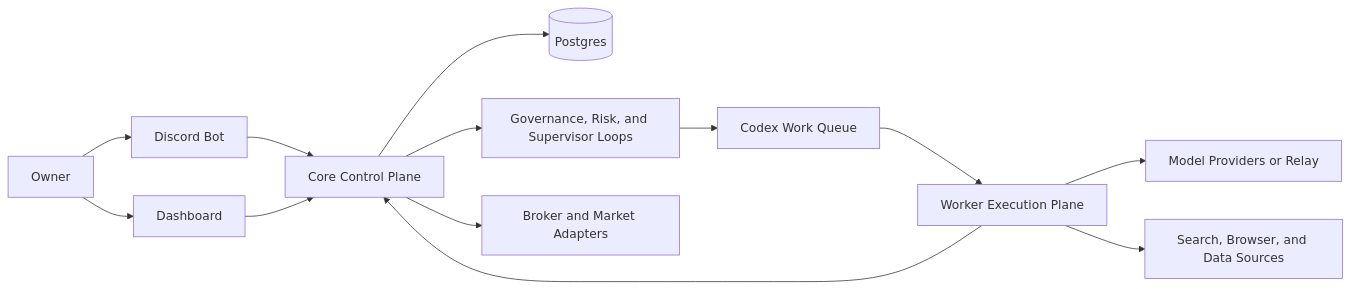
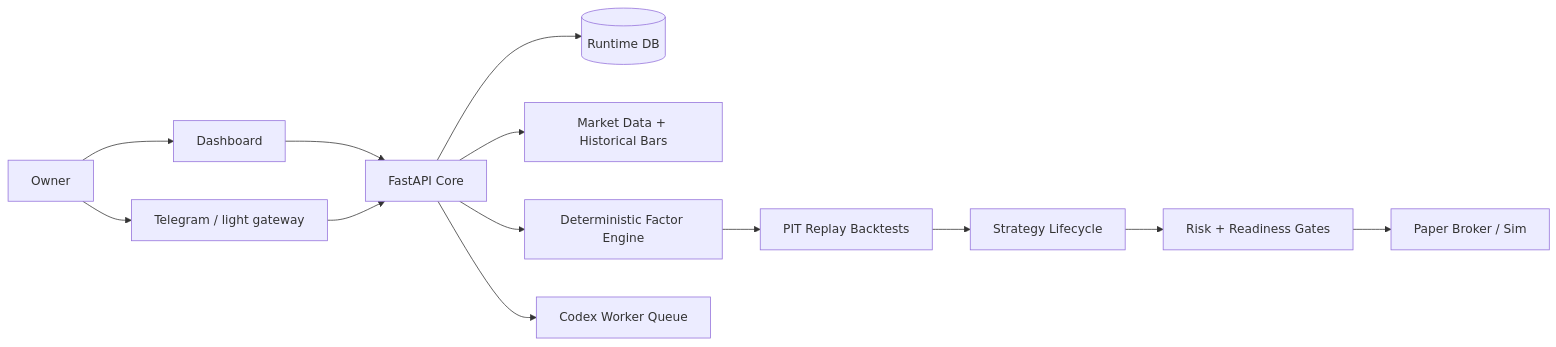
The diagram in README.zh-CN.md (zhoucehuang-arch/evoq), drawn with Mermaid before and after one commit. The commit also changed other lines of this file and 226 other files, not shown here.

````diff
--- a/README.zh-CN.md
+++ b/README.zh-CN.md
@@ -119,15 +106,15 @@
 ```mermaid
 flowchart LR
-  Owner[Owner] --> Discord[Discord Bot]
-  Owner --> Dashboard[Dashboard]
-  Discord --> Core[Core Control Plane]
-  Dashboard --> Core
-  Core --> Postgres[(Postgres)]
-  Core --> Governance[Governance, Risk, and Supervisor Loops]
-  Core --> Broker[Broker and Market Adapters]
-  Governance --> Queue[Codex Work Queue]
-  Queue --> Worker[Worker Execution Plane]
-  Worker --> Providers[Model Providers or Relay]
-  Worker --> Research[Search, Browser, and Data Sources]
-  Worker --> Core
+  Owner[Owner] --> Dashboard[Dashboard]
+  Owner --> Telegram[Telegram / light gateway]
+  Dashboard --> API[FastAPI Core]
+  Telegram --> API
+  API --> DB[(Runtime DB)]
+  API --> Data[Market Data + Historical Bars]
+  API --> Factors[Deterministic Factor Engine]
+  Factors --> Backtests[PIT Replay Backtests]
+  Backtests --> Strategy[Strategy Lifecycle]
+  Strategy --> Risk[Risk + Readiness Gates]
+  Risk --> Paper[Paper Broker / Sim]
+  API --> Codex[Codex Worker Queue]
 ```
````
